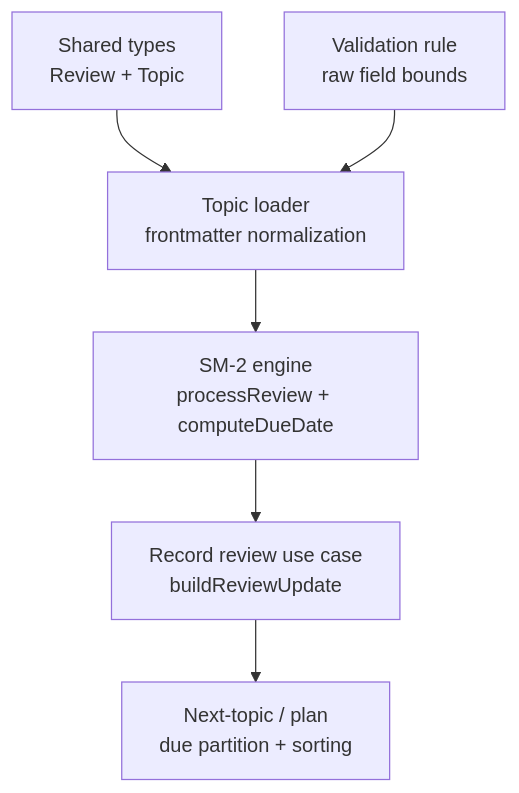
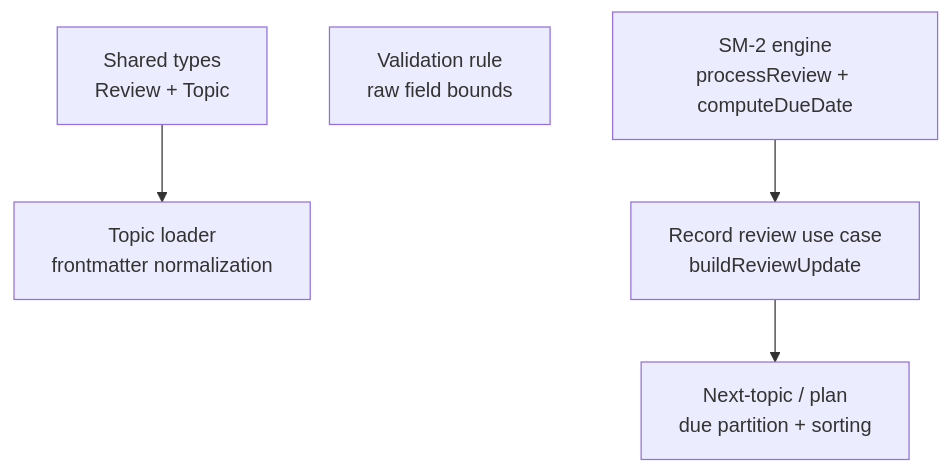
Before and after one commit to Kuldeep2822k/palee-architecture: the first of 8 diagrams in Data Models and Types/Review Model (SM-2 Scheduling).md, drawn with Mermaid. The commit also changed other lines of this file and 7 other files, not shown here.

````diff
--- a/Data Models and Types/Review Model (SM-2 Scheduling).md
+++ b/Data Models and Types/Review Model (SM-2 Scheduling).md
@@ -42,15 +42,13 @@
 ```mermaid
 graph TB
   Types["Shared types<br/>Review + Topic"]
   Loader["Topic loader<br/>frontmatter normalization"]
   Validator["Validation rule<br/>raw field bounds"]
   Engine["SM-2 engine<br/>processReview + computeDueDate"]
   Application["Record review use case<br/>buildReviewUpdate"]
   Scheduler["Next-topic / plan<br/>due partition + sorting"]
 
   Types --> Loader
-  Loader --> Engine
-  Validator --> Loader
   Engine --> Application
   Application --> Scheduler
 ```
````
